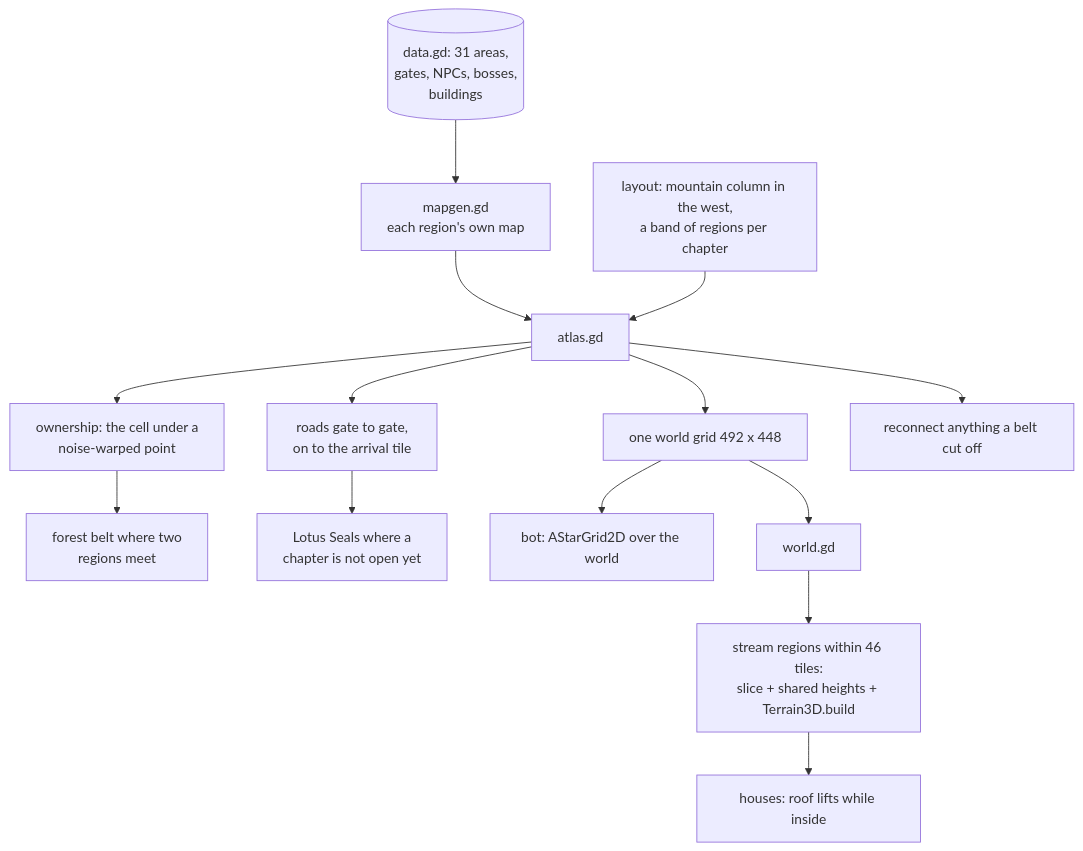
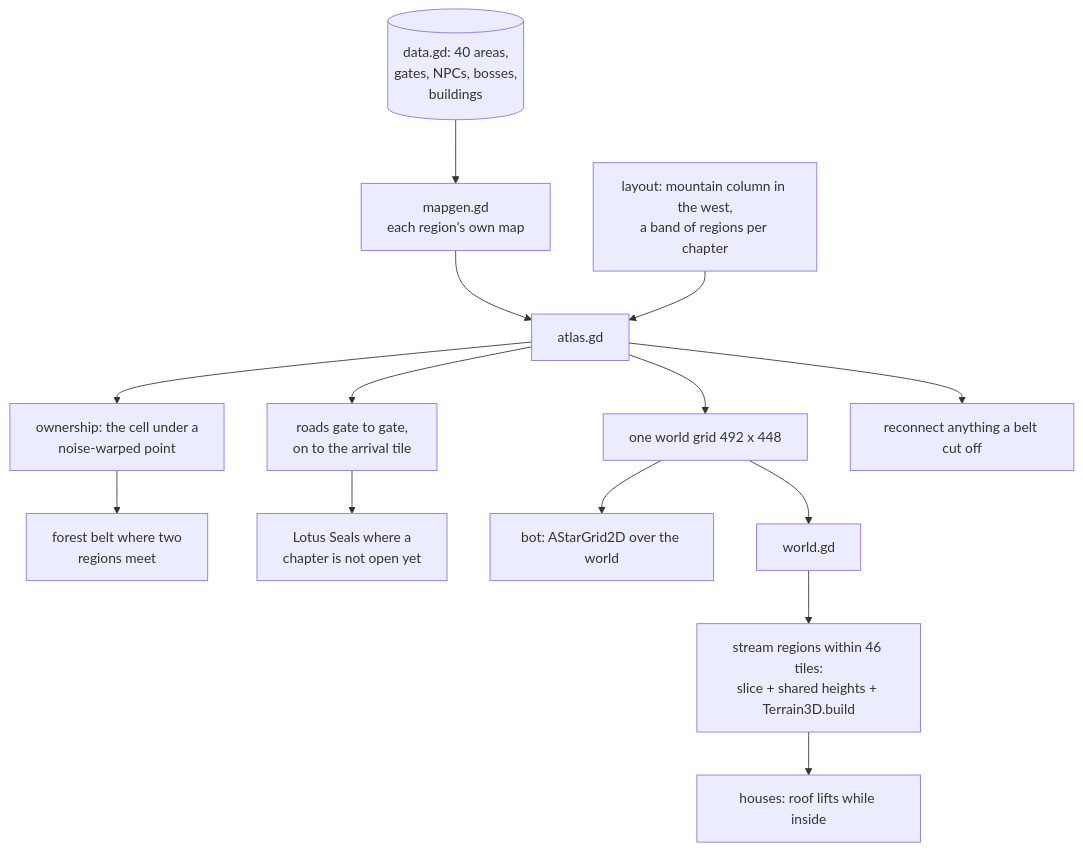
One commit to jgyy/timegox changed the ninth of 15 diagrams in README.md. Above: the diagram before and after it, drawn with Mermaid. The commit also changed other lines of this file and 231 other files, not shown here.

````diff
--- a/README.md
+++ b/README.md
@@ -376,16 +466,16 @@
 ```mermaid
 flowchart TD
-    D[(data.gd: 31 areas,<br/>gates, NPCs, bosses,<br/>buildings)] --> MG[mapgen.gd<br/>each region's own map]
+    D[(data.gd: 40 areas,<br/>gates, NPCs, bosses,<br/>buildings)] --> MG[mapgen.gd<br/>each region's own map]
     MG --> AT[atlas.gd]
     L[layout: mountain column in the west,<br/>a band of regions per chapter] --> AT
     AT --> G[one world grid 492 x 448]
     AT --> OW[ownership: the cell under a<br/>noise-warped point]
     OW --> BE[forest belt where two<br/>regions meet]
     AT --> RO[roads gate to gate,<br/>on to the arrival tile]
     RO --> SE[Lotus Seals where a<br/>chapter is not open yet]
     AT --> CO[reconnect anything a belt cut off]
     G --> BOT[bot: AStarGrid2D over the world]
     G --> W[world.gd]
     W --> STR[stream regions within 46 tiles:<br/>slice + shared heights + Terrain3D.build]
     STR --> IN[houses: roof lifts while inside]
 ```
````
